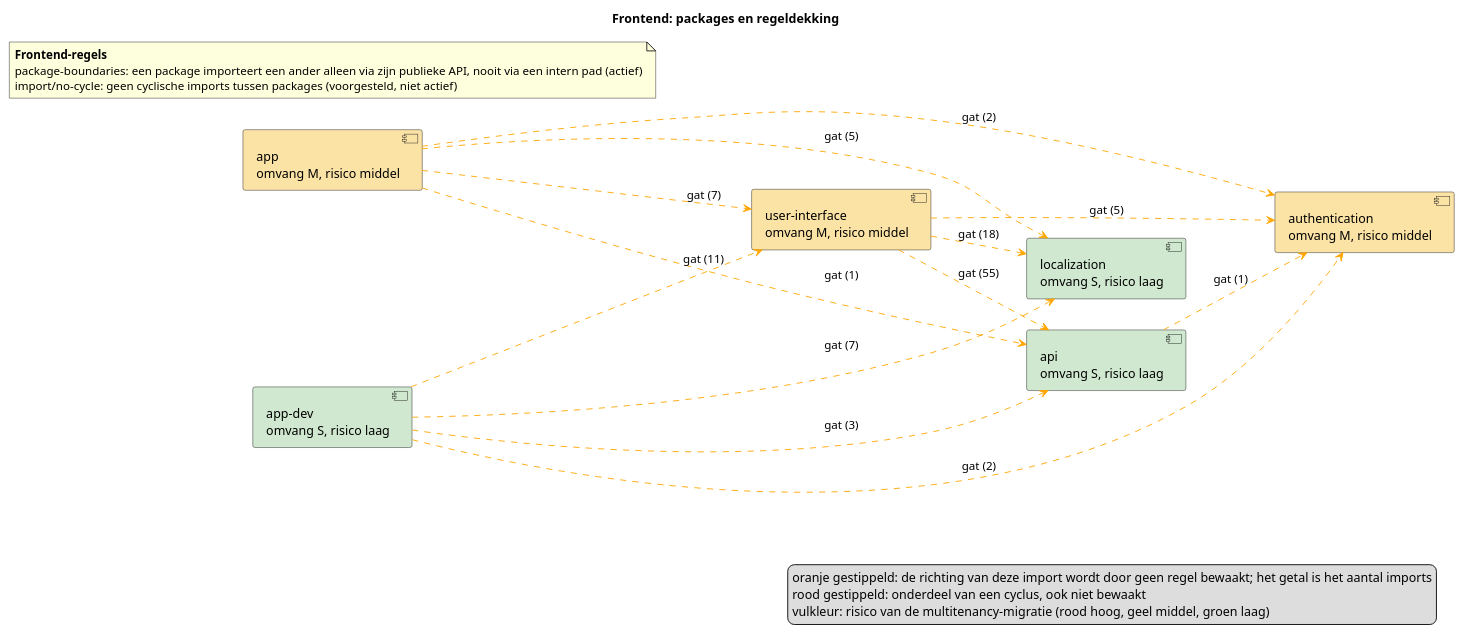
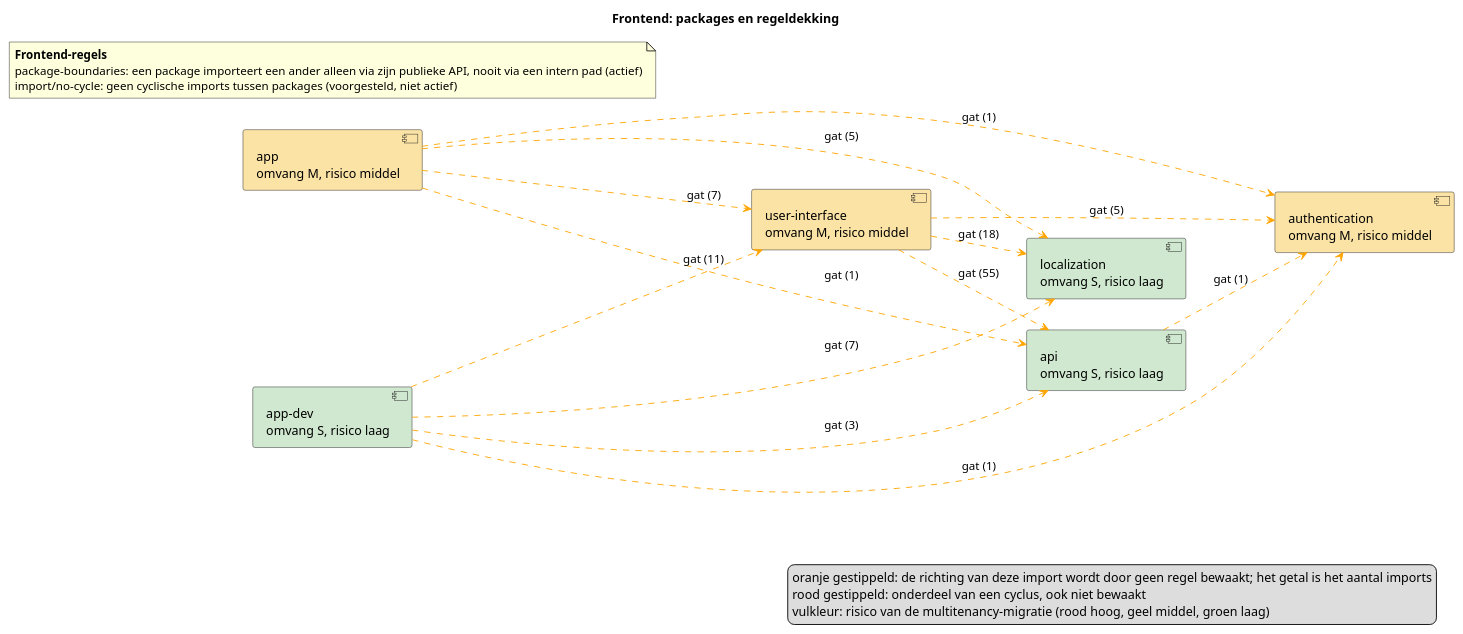
One commit to pinkroccade/nl-portal changed the diagram in site/architectuur/img/plantuml/frontend.puml. Above: the diagram before and after it, drawn with PlantUML. The commit also changed 44 other files, not shown here.

```diff
--- a/site/architectuur/img/plantuml/frontend.puml
+++ b/site/architectuur/img/plantuml/frontend.puml
@@ -1,32 +1,32 @@
 @startuml
 title Frontend: packages en regeldekking
 left to right direction
 [api\nomvang S, risico laag] as api #CFE8CF
 [app\nomvang M, risico middel] as app #FBE3A6
 [app-dev\nomvang S, risico laag] as app_dev #CFE8CF
 [authentication\nomvang M, risico middel] as authentication #FBE3A6
 [localization\nomvang S, risico laag] as localization #CFE8CF
 [user-interface\nomvang M, risico middel] as user_interface #FBE3A6
 note as frontend_rules
   **Frontend-regels**
   package-boundaries: een package importeert een ander alleen via zijn publieke API, nooit via een intern pad (actief)
   import/no-cycle: geen cyclische imports tussen packages (voorgesteld, niet actief)
 end note
 api ..> authentication #orange : gat (1)
 app ..> api #orange : gat (1)
-app ..> authentication #orange : gat (2)
+app ..> authentication #orange : gat (1)
 app ..> localization #orange : gat (5)
 app ..> user_interface #orange : gat (7)
 app_dev ..> api #orange : gat (3)
-app_dev ..> authentication #orange : gat (2)
+app_dev ..> authentication #orange : gat (1)
 app_dev ..> localization #orange : gat (7)
 app_dev ..> user_interface #orange : gat (11)
 user_interface ..> api #orange : gat (55)
 user_interface ..> authentication #orange : gat (5)
 user_interface ..> localization #orange : gat (18)
 legend right
   oranje gestippeld: de richting van deze import wordt door geen regel bewaakt; het getal is het aantal imports
   rood gestippeld: onderdeel van een cyclus, ook niet bewaakt
   vulkleur: risico van de multitenancy-migratie (rood hoog, geel middel, groen laag)
 endlegend
 @enduml
```
